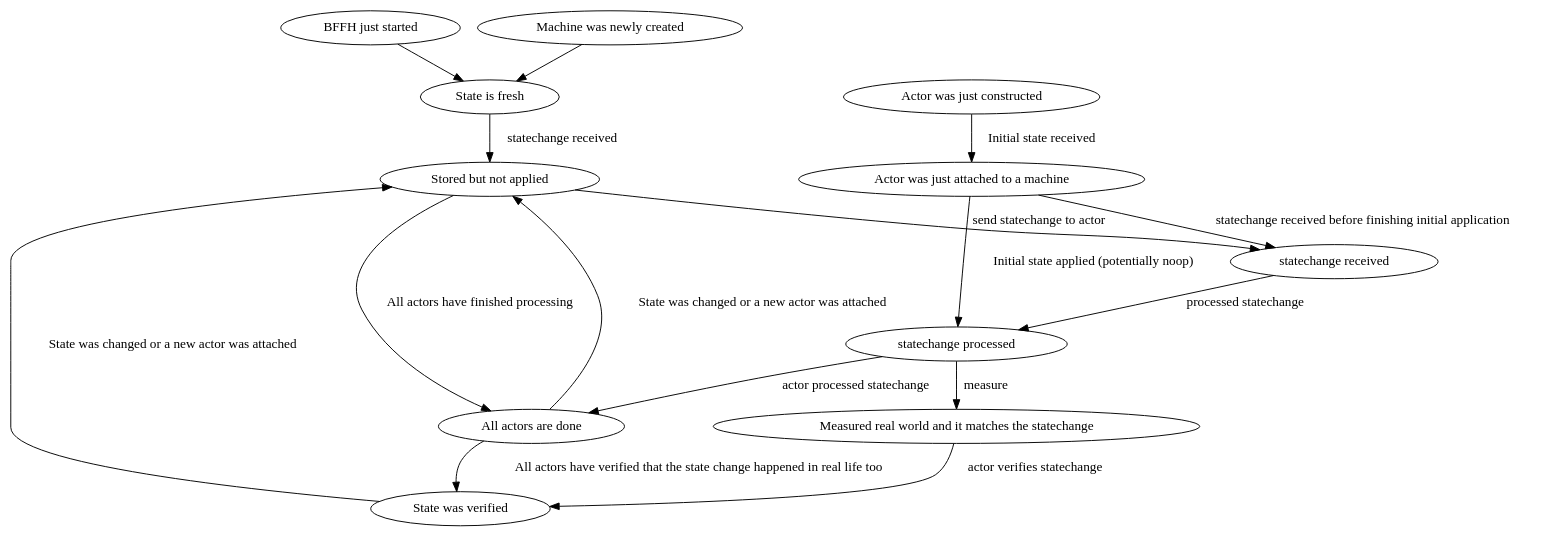
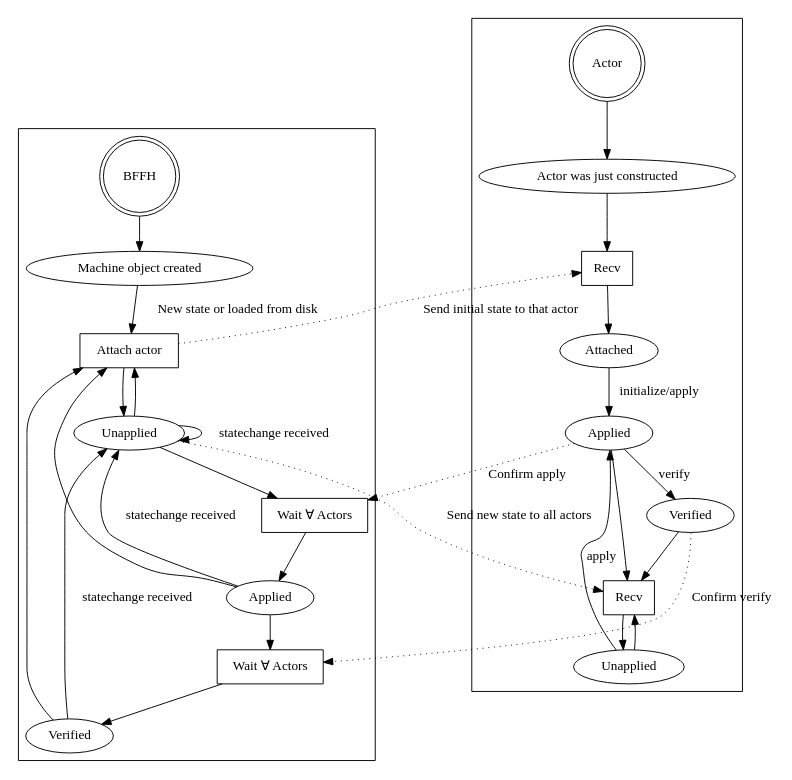
One commit to abergmeier/fabaccess-server changed the diagram in state.dot. Above: the diagram before and after it, drawn with Graphviz.

```diff
--- a/state.dot
+++ b/state.dot
@@ -1,62 +1,93 @@
 strict digraph state {
-    started
-        [label="BFFH just started"];
-    created
-        [label="Machine was newly created"];
+    rank = 0
+    subgraph "cluster_internal_state" {
+        rank = 1
+        ctr = applied
+        start
+            [shape=doublecircle, label="BFFH"]
+        created
+            [label="Machine object created"];
+        start -> created;
 
-    fresh
-        [label="State is fresh"];
+        created -> attach
+            [label="New state or loaded from disk"];
 
-    started -> fresh;
-    created -> fresh;
+        attach
+            [label="Attach actor", shape=box];
 
-    unapplied
-        [label="Stored but not applied"];
-    applied
-        [label="All actors are done"];
-    verified
-        [label="State was verified"];
+        unapplied
+            [label="Unapplied"];
+        applied
+            [label="Applied"];
+        verified
+            [label="Verified"];
 
-    fresh -> unapplied
-        [label="statechange received"];
-    unapplied -> applied
-        [label="All actors have finished processing"];
-    applied -> verified
-        [label="All actors have verified that the state change happened in real life too"];
+        wait_apply
+            [label="Wait ∀ Actors", shape=box]
+        wait_verify
+            [label="Wait ∀ Actors", shape=box]
 
-    applied -> unapplied
-        [label="State was changed or a new actor was attached"];
-    verified -> unapplied
-        [label="State was changed or a new actor was attached"];
+        unapplied -> wait_apply -> applied;
+        applied -> wait_verify -> verified;
 
-    subgraph "actor" {
+        applied -> unapplied
+            [label="statechange received"];
+        verified -> unapplied
+            [label="statechange received"];
+        unapplied -> unapplied
+            [label="statechange received"];
+
+        unapplied -> attach -> unapplied;
+        applied -> attach -> unapplied;
+        verified -> attach -> unapplied;
+    }
+
+
+    subgraph "cluster_actor" {
+        rank = 1
+        center = actor_applied
+        actor_start
+            [shape=doublecircle, label="Actor"];
         actor_fresh
             [label="Actor was just constructed"];
+        actor_start -> actor_fresh;
+
         actor_attached
-            [label="Actor was just attached to a machine"];
+            [label="Attached"];
         actor_unapplied
-            [label="statechange received"];
+            [label="Unapplied"];
         actor_applied
-            [label="statechange processed"];
+            [label="Applied"];
         actor_verified
-            [label="Measured real world and it matches the statechange"];
+            [label="Verified"];
 
-        actor_fresh -> actor_attached
-            [label="Initial state received"];
+        wait_initial
+            [label="Recv", shape=box];
+        wait_state
+            [label="Recv", shape=box];
+
+        actor_fresh -> wait_initial -> actor_attached;
+
         actor_attached -> actor_applied
-            [label="Initial state applied (potentially noop)"];
-        actor_attached -> actor_unapplied
-            [label="statechange received before finishing initial application"];
+            [label="initialize/apply"];
         actor_unapplied -> actor_applied
-            [label="processed statechange"];
+            [label="apply"];
         actor_applied -> actor_verified
-            [label="measure"];
+            [label="verify"];
+
+        actor_unapplied -> wait_state;
+        actor_applied -> wait_state;
+        actor_verified -> wait_state;
+
+        wait_state -> actor_unapplied;
     }
 
-    unapplied -> actor_unapplied
-        [label="send statechange to actor"];
-    actor_applied -> applied
-        [label="actor processed statechange"];
-    actor_verified -> verified
-        [label="actor verifies statechange"];
+    attach -> wait_initial
+        [label="Send initial state to that actor", style=dotted]
+    unapplied -> wait_state
+        [label="Send new state to all actors", style=dotted];
+    actor_applied -> wait_apply
+        [label="Confirm apply", style=dotted];
+    actor_verified -> wait_verify
+        [label="Confirm verify", style=dotted];
 }
```
